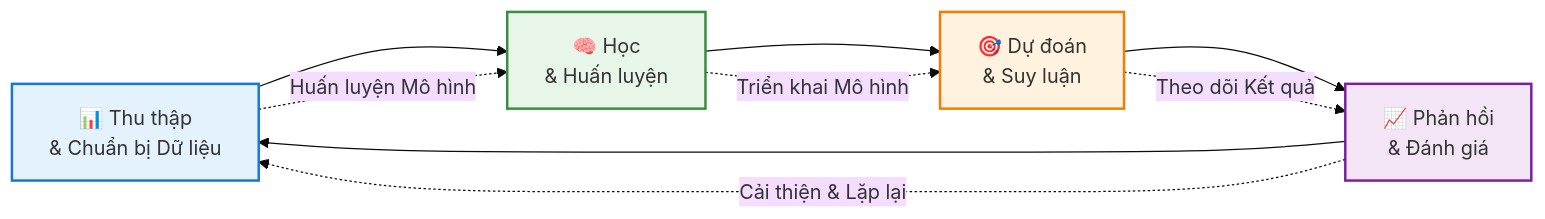
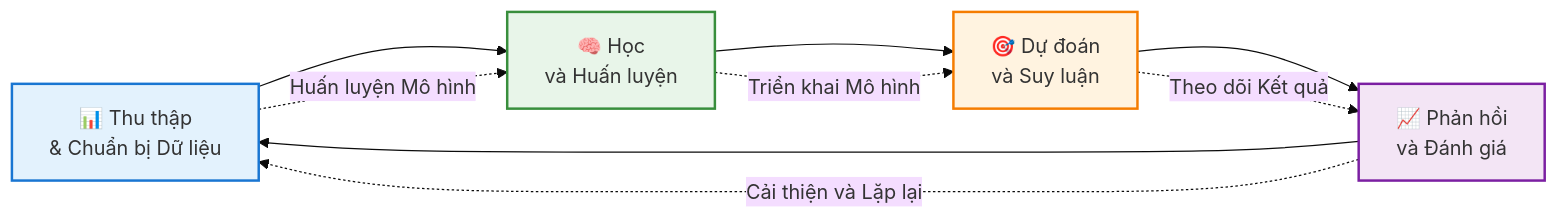
The diagram in Bog 2/main.md (ThanhKieuVT/AIO-2026---Warm-01), drawn with Mermaid (base theme) before and after one commit. The commit also changed other lines of this file and 1 other file, not shown here.

Commit message:
add diagram

````diff
--- a/Bog 2/main.md
+++ b/Bog 2/main.md
@@ -11,17 +11,17 @@
 ```mermaid
 graph LR
-    A["📊 Thu thập<br/>& Chuẩn bị Dữ liệu"] --> B["🧠 Học<br/>& Huấn luyện"]
-    B --> C["🎯 Dự đoán<br/>& Suy luận"]
-    C --> D["📈 Phản hồi<br/>& Đánh giá"]
+    A["📊 Thu thập<br/>& Chuẩn bị Dữ liệu"] --> B["🧠 Học<br/>và Huấn luyện"]
+    B --> C["🎯 Dự đoán<br/>và Suy luận"]
+    C --> D["📈 Phản hồi<br/>và Đánh giá"]
     D --> A
     
     A -.->|Huấn luyện Mô hình| B
     B -.->|Triển khai Mô hình| C
     C -.->|Theo dõi Kết quả| D
-    D -.->|Cải thiện & Lặp lại| A
+    D -.->|Cải thiện và Lặp lại| A
     
     style A fill:#e3f2fd,stroke:#1976d2,stroke-width:2px
     style B fill:#e8f5e9,stroke:#388e3c,stroke-width:2px
     style C fill:#fff3e0,stroke:#f57c00,stroke-width:2px
     style D fill:#f3e5f5,stroke:#7b1fa2,stroke-width:2px
 ```
````
